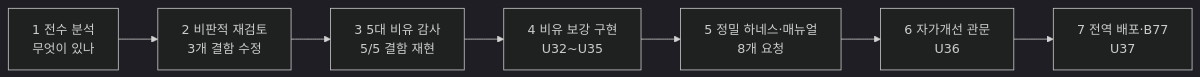
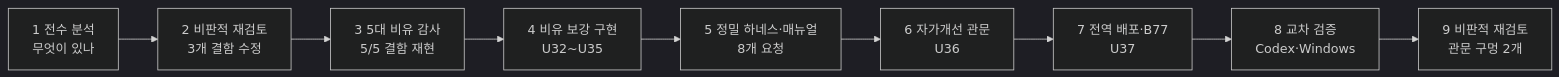
One commit to gyeomsVibe/260916_agentic-ai-env-diet changed the diagram in docs/쉽게_읽는_UAOS_진단과_해결_전과정/01_한눈에_보는_전과정_요약.md. Above: the diagram before and after it, drawn with Mermaid (dark theme). The commit also changed other lines of this file and 13 other files, not shown here.

````diff
--- a/docs/쉽게_읽는_UAOS_진단과_해결_전과정/01_한눈에_보는_전과정_요약.md
+++ b/docs/쉽게_읽는_UAOS_진단과_해결_전과정/01_한눈에_보는_전과정_요약.md
@@ -15,9 +15,11 @@
 ```mermaid
 flowchart LR
     A[1 전수 분석<br/>무엇이 있나] --> B[2 비판적 재검토<br/>3개 결함 수정]
     B --> C[3 5대 비유 감사<br/>5/5 결함 재현]
     C --> D[4 비유 보강 구현<br/>U32~U35]
     D --> E[5 정밀 하네스·매뉴얼<br/>8개 요청]
     E --> F[6 자가개선 관문<br/>U36]
     F --> G[7 전역 배포·B77<br/>U37]
+    G --> H[8 교차 검증<br/>Codex·Windows]
+    H --> I[9 비판적 재검토<br/>관문 구멍 2개]
 ```
````
